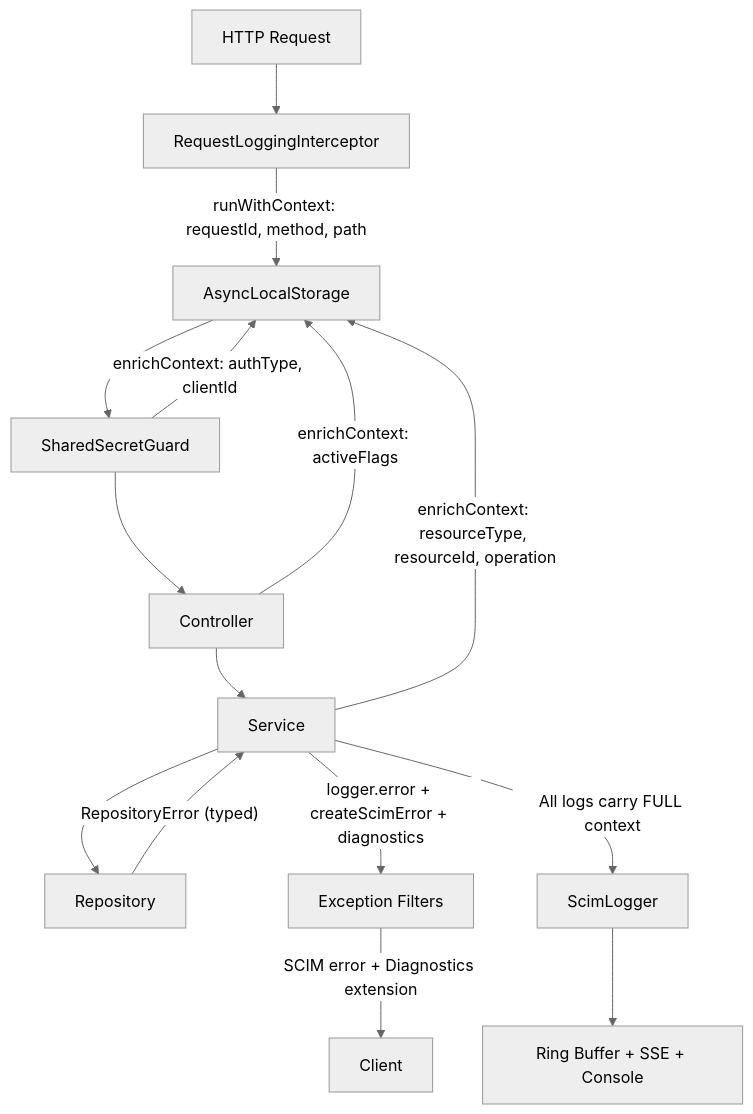
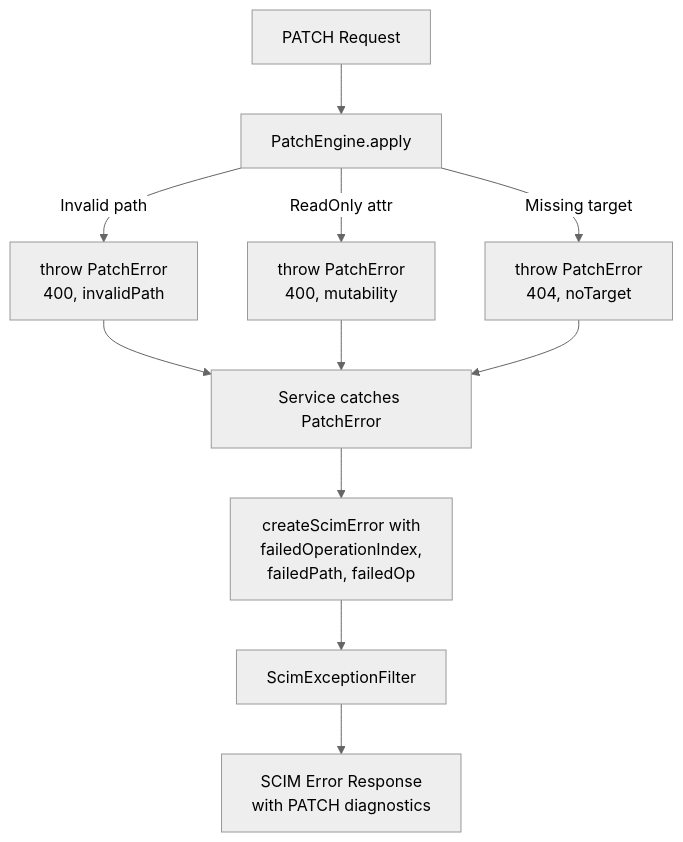
One commit to pranems/SCIMServer changed the fourth of 8 diagrams in docs/LOGGING_ERROR_HANDLING_IDEAL_DESIGN.md. Above: the diagram before and after it, drawn with Mermaid (neutral theme). The commit also changed other lines of this file and 7 other files, not shown here.

First line of the commit message:
docs: rewrite 6 logging/observability/error handling docs from scratch (v4.0/v3.0)

````diff
--- a/docs/LOGGING_ERROR_HANDLING_IDEAL_DESIGN.md
+++ b/docs/LOGGING_ERROR_HANDLING_IDEAL_DESIGN.md
@@ -969,17 +348,15 @@
 ```mermaid
-graph TD
-    A[HTTP Request] --> B[RequestLoggingInterceptor]
-    B -->|"runWithContext: requestId, method, path"| C[AsyncLocalStorage]
-    C --> D[SharedSecretGuard]
-    D -->|"enrichContext: authType, clientId"| C
-    D --> E[Controller]
-    E -->|"enrichContext: activeFlags"| C
-    E --> F[Service]
-    F -->|"enrichContext: resourceType, resourceId, operation"| C
-    F --> G[Repository]
-    G -->|"RepositoryError (typed)"| F
-    F -->|"logger.error + createScimError + diagnostics"| H[Exception Filters]
-    H -->|"SCIM error + Diagnostics extension"| I[Client]
-    F -->|"All logs carry FULL context"| J[ScimLogger]
-    J --> K[Ring Buffer + SSE + Console]
+flowchart TD
+    A[PATCH Request] --> B[PatchEngine.apply]
+    B -->|Invalid path| C[throw PatchError<br/>400, invalidPath]
+    B -->|ReadOnly attr| D[throw PatchError<br/>400, mutability]
+    B -->|Missing target| E[throw PatchError<br/>404, noTarget]
+
+    C --> F[Service catches PatchError]
+    D --> F
+    E --> F
+
+    F --> G[createScimError with<br/>failedOperationIndex,<br/>failedPath, failedOp]
+    G --> H[ScimExceptionFilter]
+    H --> I[SCIM Error Response<br/>with PATCH diagnostics]
 ```
````
